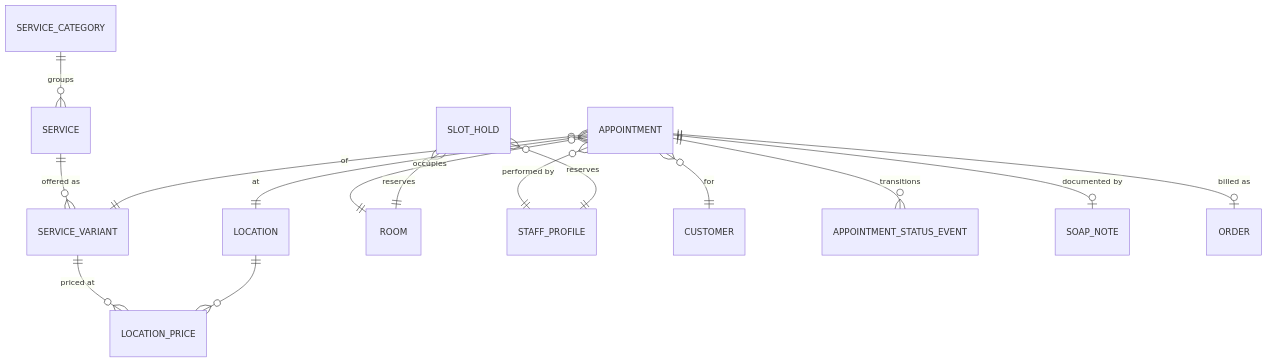
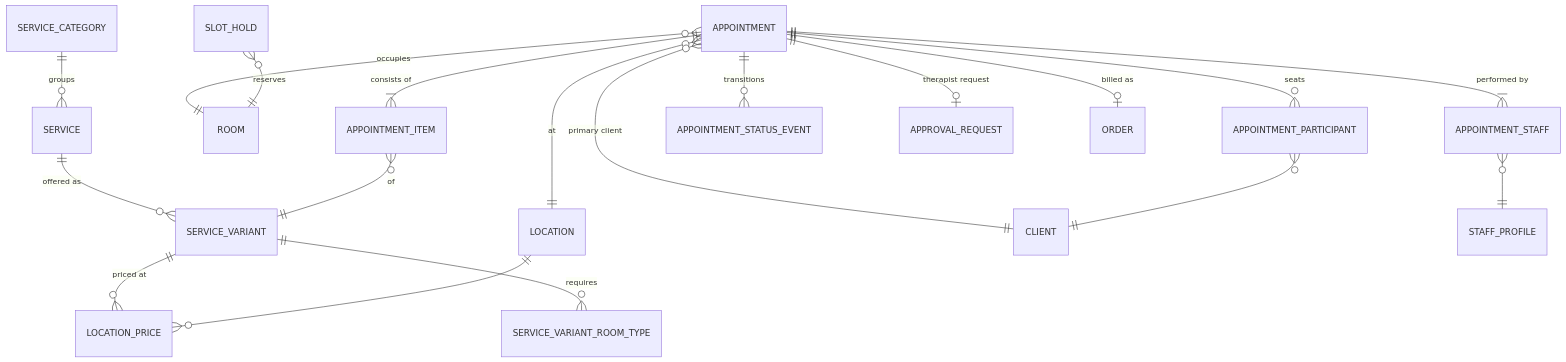
One commit to Zogoo/salon_crm changed the third of 6 diagrams in docs/02-domain-model.md. Above: the diagram before and after it, drawn with Mermaid. The commit also changed other lines of this file and 8 other files, not shown here.

````diff
--- a/docs/02-domain-model.md
+++ b/docs/02-domain-model.md
@@ -79,18 +83,22 @@
 ```mermaid
 erDiagram
     SERVICE_CATEGORY ||--o{ SERVICE : "groups"
     SERVICE ||--o{ SERVICE_VARIANT : "offered as"
     SERVICE_VARIANT ||--o{ LOCATION_PRICE : "priced at"
     LOCATION ||--o{ LOCATION_PRICE : ""
+    SERVICE_VARIANT ||--o{ SERVICE_VARIANT_ROOM_TYPE : "requires"
 
-    APPOINTMENT }o--|| SERVICE_VARIANT : "of"
     APPOINTMENT }o--|| LOCATION : "at"
     APPOINTMENT }o--|| ROOM : "occupies"
-    APPOINTMENT }o--|| STAFF_PROFILE : "performed by"
-    APPOINTMENT }o--|| CUSTOMER : "for"
+    APPOINTMENT }o--|| CLIENT : "primary client"
+    APPOINTMENT ||--|{ APPOINTMENT_STAFF : "performed by"
+    APPOINTMENT_STAFF }o--|| STAFF_PROFILE : ""
+    APPOINTMENT ||--|{ APPOINTMENT_ITEM : "consists of"
+    APPOINTMENT_ITEM }o--|| SERVICE_VARIANT : "of"
+    APPOINTMENT ||--o{ APPOINTMENT_PARTICIPANT : "seats"
+    APPOINTMENT_PARTICIPANT }o--|| CLIENT : ""
     APPOINTMENT ||--o{ APPOINTMENT_STATUS_EVENT : "transitions"
-    APPOINTMENT ||--o| SOAP_NOTE : "documented by"
+    APPOINTMENT ||--o| APPROVAL_REQUEST : "therapist request"
     APPOINTMENT ||--o| ORDER : "billed as"
     SLOT_HOLD }o--|| ROOM : "reserves"
-    SLOT_HOLD }o--|| STAFF_PROFILE : "reserves"
 ```
````
